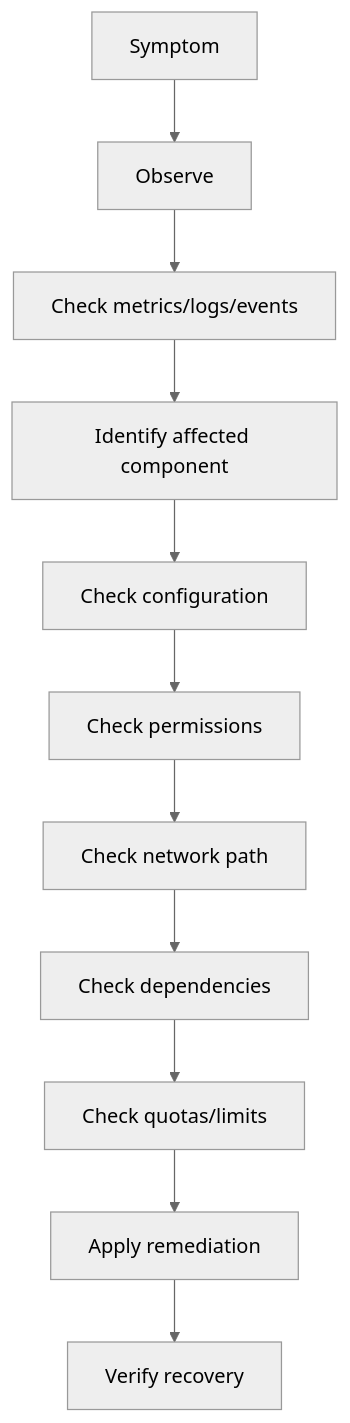
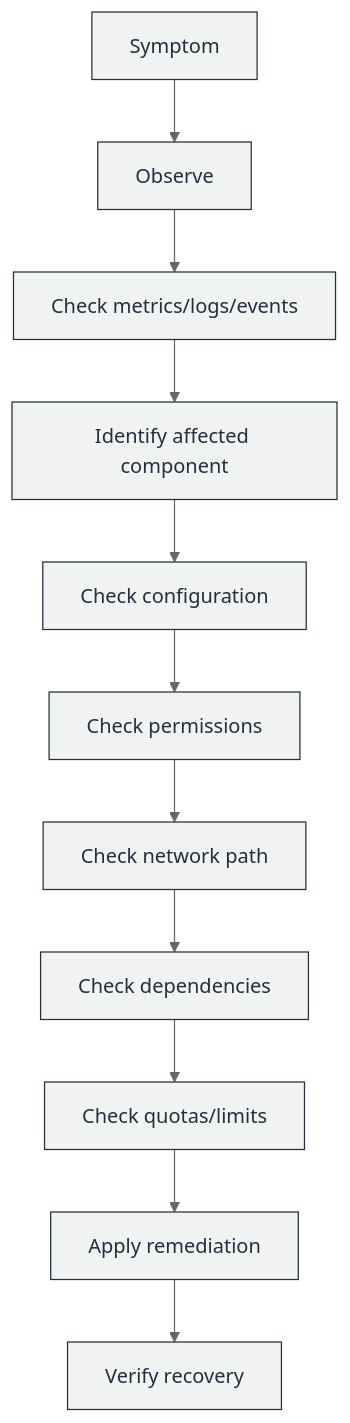
Diagram 12 of 15 in AGENTS.md (GabrielAlmeidaFlores/AWS-CloudOps-Engineer-Associate-Doc), drawn with Mermaid (neutral theme) before and after one commit. The commit also changed other lines of this file and 22 other files, not shown here.

First line of the commit message:
docs: AWS-styled Mermaid, IAM/VPC console screenshots, and AGENTS.md rules

````diff
--- a/AGENTS.md
+++ b/AGENTS.md
@@ -1962,4 +2049,6 @@
 ```mermaid
 flowchart TD
-    A[Symptom] --> B[Observe] --> C["Check metrics/logs/events"] --> D["Identify affected component"] --> E["Check configuration"] --> F["Check permissions"] --> G["Check network path"] --> H["Check dependencies"] --> I["Check quotas/limits"] --> J["Apply remediation"] --> K["Verify recovery"]
+    A["Symptom"] --> B["Observe"] --> C["Check metrics/logs/events"] --> D["Identify affected component"] --> E["Check configuration"] --> F["Check permissions"] --> G["Check network path"] --> H["Check dependencies"] --> I["Check quotas/limits"] --> J["Apply remediation"] --> K["Verify recovery"]
+    classDef step fill:#F1F3F3,stroke:#232F3E,color:#232F3E
+    class A,B,C,D,E,F,G,H,I,J,K step
 ```
````
